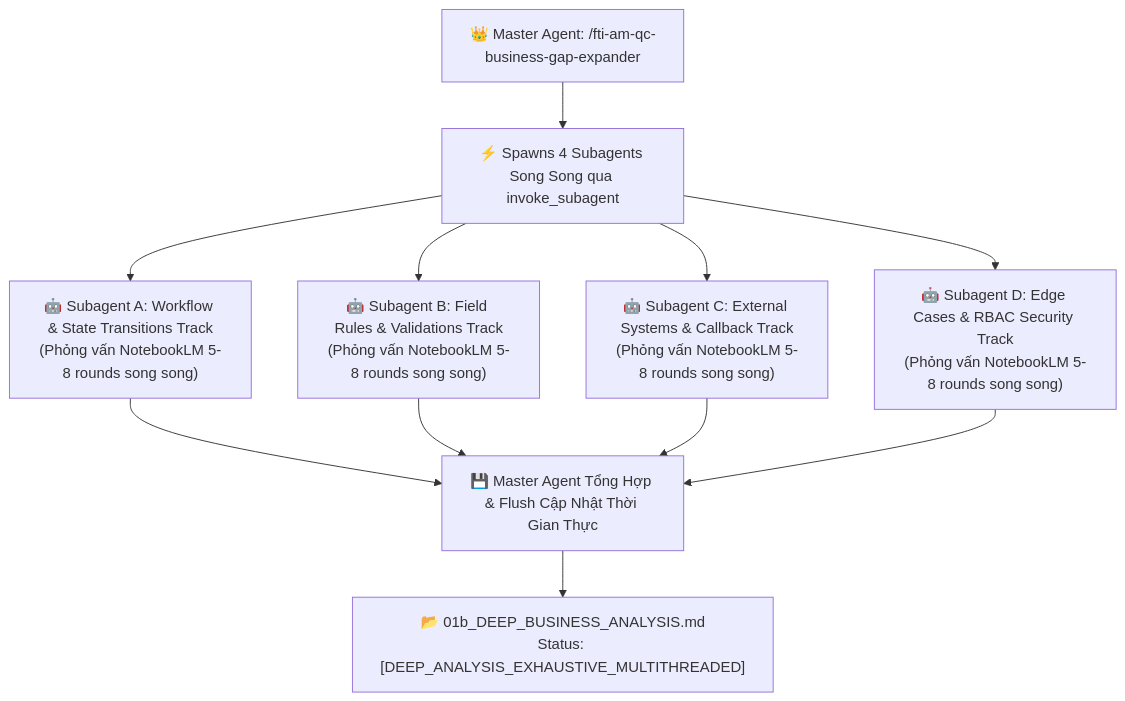
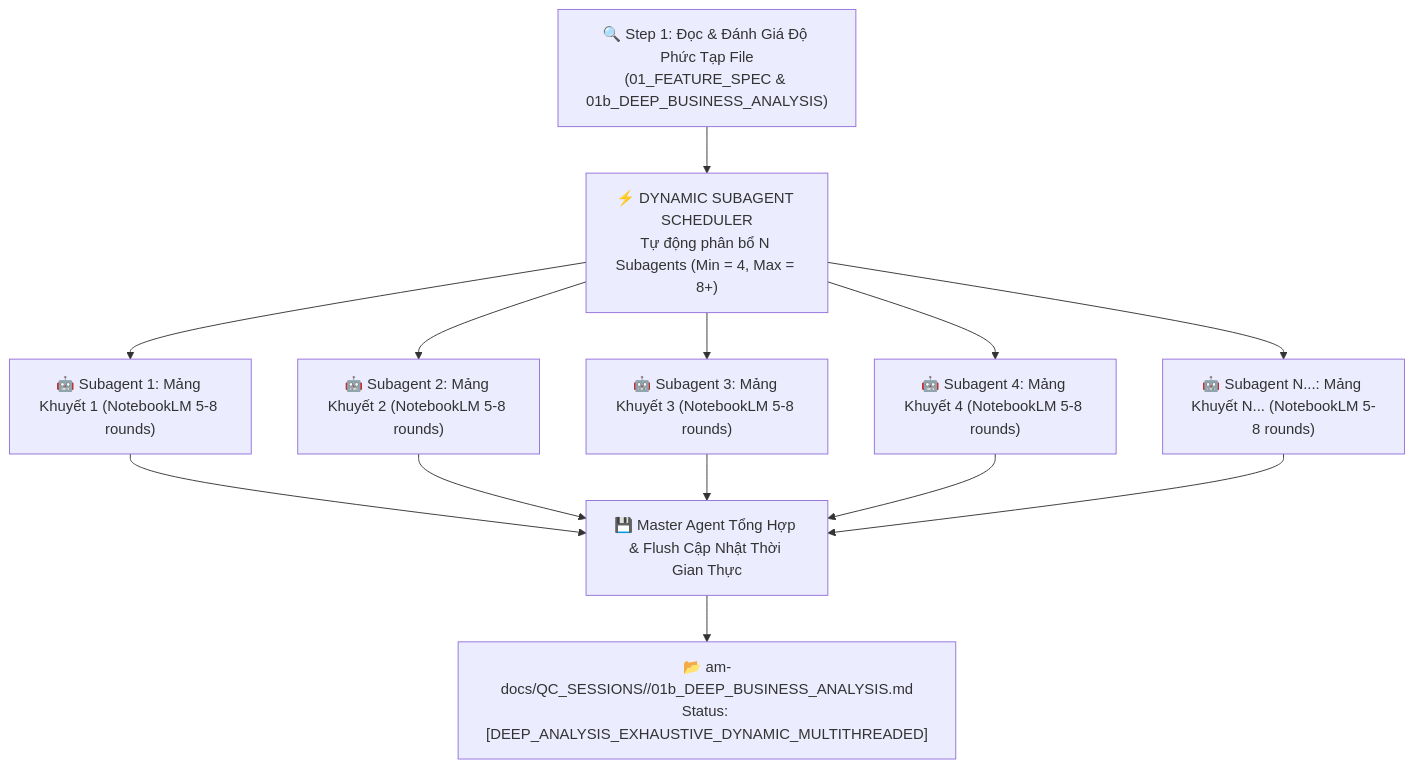
Before and after one commit to tibe2109/qc-playwright-workflow: the diagram in skills/fti-am-qc-business-gap-expander/SKILL.md, drawn with Mermaid. The commit also changed other lines of this file and 1 other file, not shown here.

Commit message:
feat: upgrade fti-am-qc-business-gap-expander and fti-am-qc-business-verifier to v3.0 Dynamic Context-Aware Subagent Engine (analyzes file context & dynamically allocates min 4 up to 5-8+ parallel subagents via invoke_subagent)

````diff
--- a/skills/fti-am-qc-business-gap-expander/SKILL.md
+++ b/skills/fti-am-qc-business-gap-expander/SKILL.md
@@ -14,15 +20,17 @@
 ```mermaid
 graph TD
-    MASTER["👑 Master Agent: /fti-am-qc-business-gap-expander"] --> DISPATCH["⚡ Spawns 4 Subagents Song Song qua invoke_subagent"]
+    AUDIT["🔍 Step 1: Đọc & Đánh Giá Độ Phức Tạp File<br/>(01_FEATURE_SPEC & 01b_DEEP_BUSINESS_ANALYSIS)"] --> SCHEDULER["⚡ DYNAMIC SUBAGENT SCHEDULER<br/>Tự động phân bổ N Subagents (Min = 4, Max = 8+)"]
 
-    DISPATCH --> SUB_A["🤖 Subagent A: Workflow & State Transitions Track<br/>(Phỏng vấn NotebookLM 5-8 rounds song song)"]
-    DISPATCH --> SUB_B["🤖 Subagent B: Field Rules & Validations Track<br/>(Phỏng vấn NotebookLM 5-8 rounds song song)"]
-    DISPATCH --> SUB_C["🤖 Subagent C: External Systems & Callback Track<br/>(Phỏng vấn NotebookLM 5-8 rounds song song)"]
-    DISPATCH --> SUB_D["🤖 Subagent D: Edge Cases & RBAC Security Track<br/>(Phỏng vấn NotebookLM 5-8 rounds song song)"]
+    SCHEDULER --> SUB1["🤖 Subagent 1: Mảng Khuyết 1 (NotebookLM 5-8 rounds)"]
+    SCHEDULER --> SUB2["🤖 Subagent 2: Mảng Khuyết 2 (NotebookLM 5-8 rounds)"]
+    SCHEDULER --> SUB3["🤖 Subagent 3: Mảng Khuyết 3 (NotebookLM 5-8 rounds)"]
+    SCHEDULER --> SUB4["🤖 Subagent 4: Mảng Khuyết 4 (NotebookLM 5-8 rounds)"]
+    SCHEDULER --> SUB5["🤖 Subagent N...: Mảng Khuyết N... (NotebookLM 5-8 rounds)"]
 
-    SUB_A --> MERGE["💾 Master Agent Tổng Hợp & Flush Cập Nhật Thời Gian Thực"]
-    SUB_B --> MERGE
-    SUB_C --> MERGE
-    SUB_D --> MERGE
-    MERGE --> OUT["📂 01b_DEEP_BUSINESS_ANALYSIS.md<br/>Status: [DEEP_ANALYSIS_EXHAUSTIVE_MULTITHREADED]"]
+    SUB1 --> MERGE["💾 Master Agent Tổng Hợp & Flush Cập Nhật Thời Gian Thực"]
+    SUB2 --> MERGE
+    SUB3 --> MERGE
+    SUB4 --> MERGE
+    SUB5 --> MERGE
+    MERGE --> OUT["📂 am-docs/QC_SESSIONS/<SESSION_ID>/01b_DEEP_BUSINESS_ANALYSIS.md<br/>Status: [DEEP_ANALYSIS_EXHAUSTIVE_DYNAMIC_MULTITHREADED]"]
 ```
````
